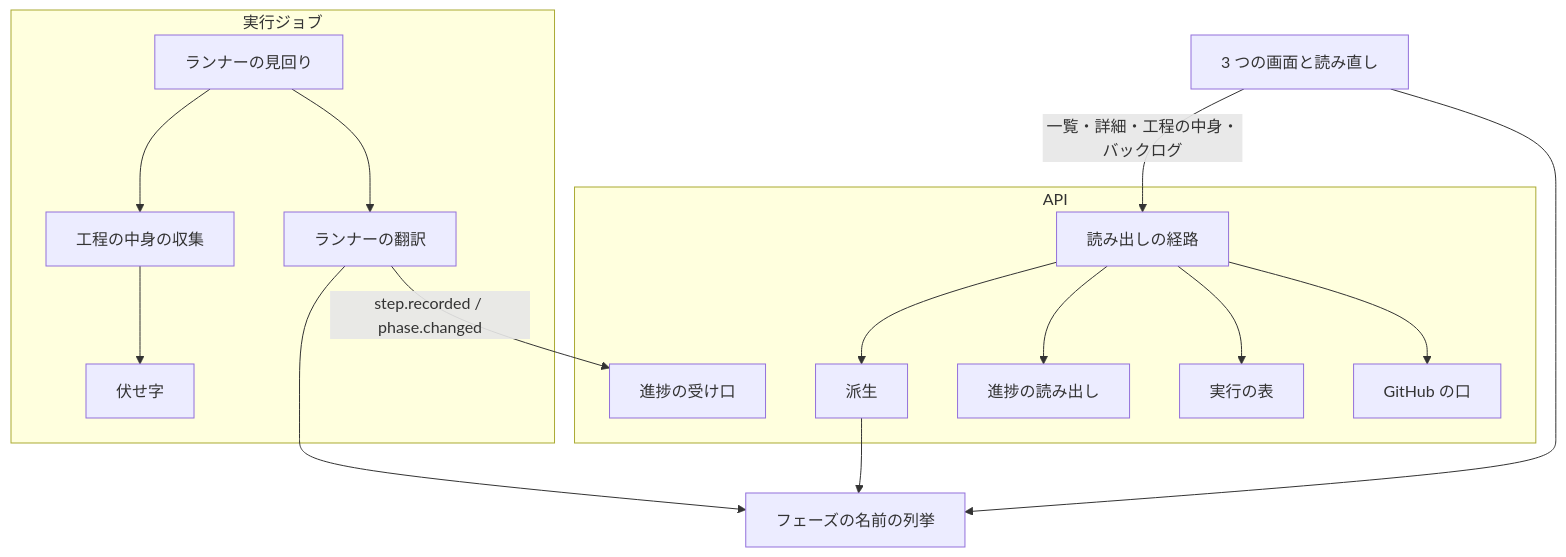
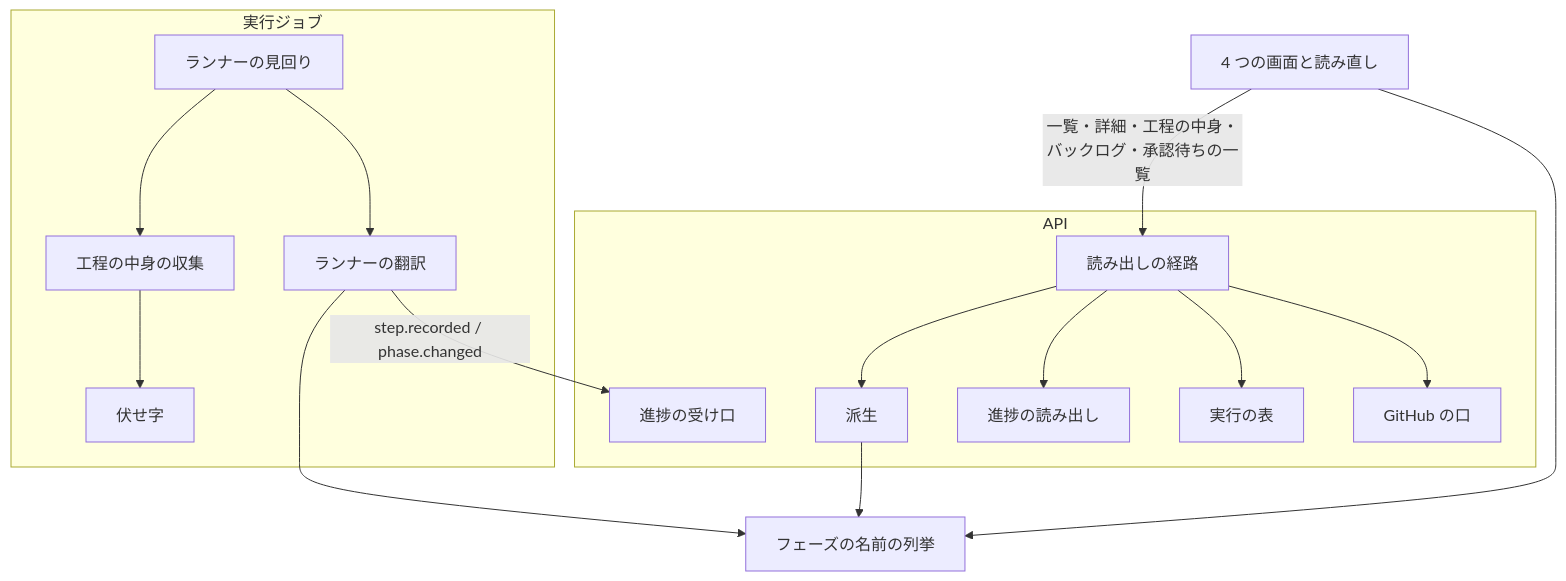
The first of 2 diagrams in docs/specifications/ndf-factory-sprint-views.md (devbasex/ai-plugins), drawn with Mermaid before and after one commit. The commit also changed other lines of this file and 4 other files, not shown here.

````diff
--- a/docs/specifications/ndf-factory-sprint-views.md
+++ b/docs/specifications/ndf-factory-sprint-views.md
@@ -41,22 +44,22 @@
 ```mermaid
 graph TD
     subgraph 実行ジョブ
         R1[ランナーの見回り] --> R2[工程の中身の収集]
         R2 --> R3[伏せ字]
         R1 --> R4[ランナーの翻訳]
     end
     subgraph API
         A1[進捗の受け口]
         A2[読み出しの経路] --> A3[派生]
         A2 --> A4[進捗の読み出し]
         A2 --> A5[実行の表]
         A2 --> A6[GitHub の口]
     end
-    W1[3 つの画面と読み直し]
+    W1[4 つの画面と読み直し]
     K1[フェーズの名前の列挙]
     R4 --> K1
     R4 -->|step.recorded / phase.changed| A1
     A3 --> K1
     W1 --> K1
-    W1 -->|一覧・詳細・工程の中身・バックログ| A2
+    W1 -->|一覧・詳細・工程の中身・バックログ・承認待ちの一覧| A2
 ```
````
